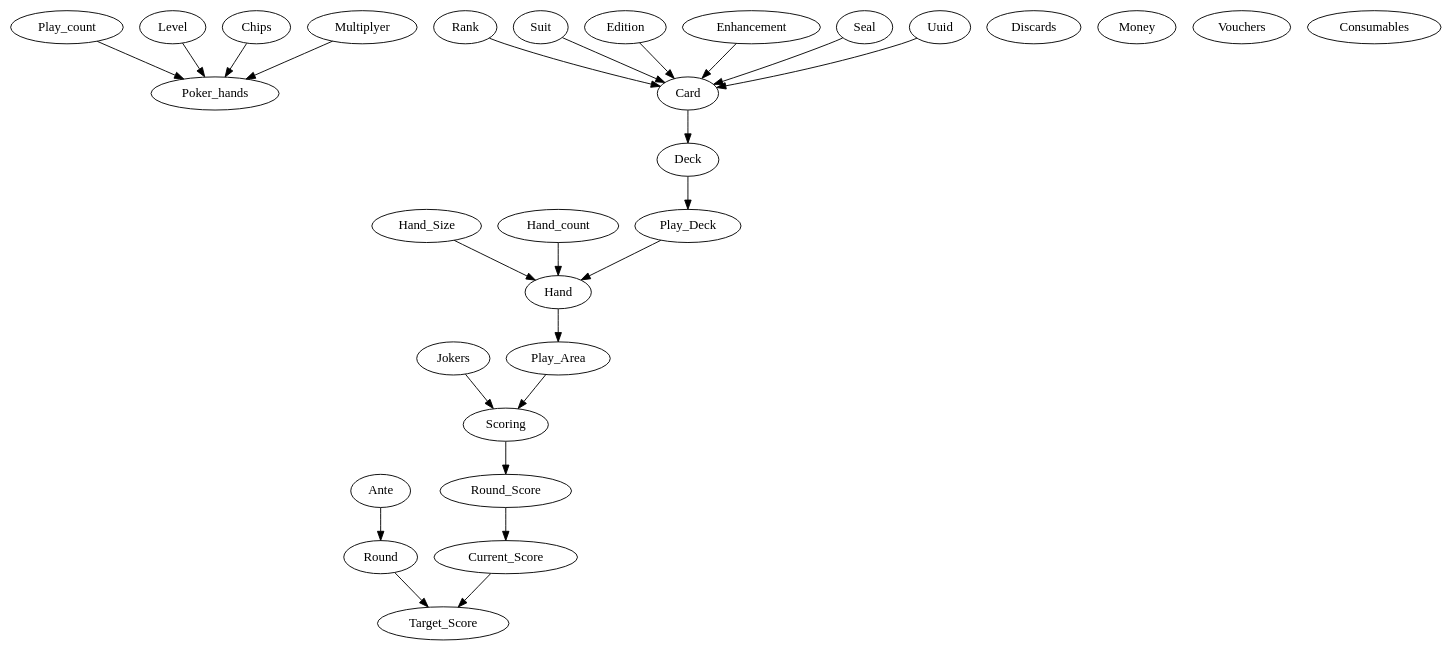
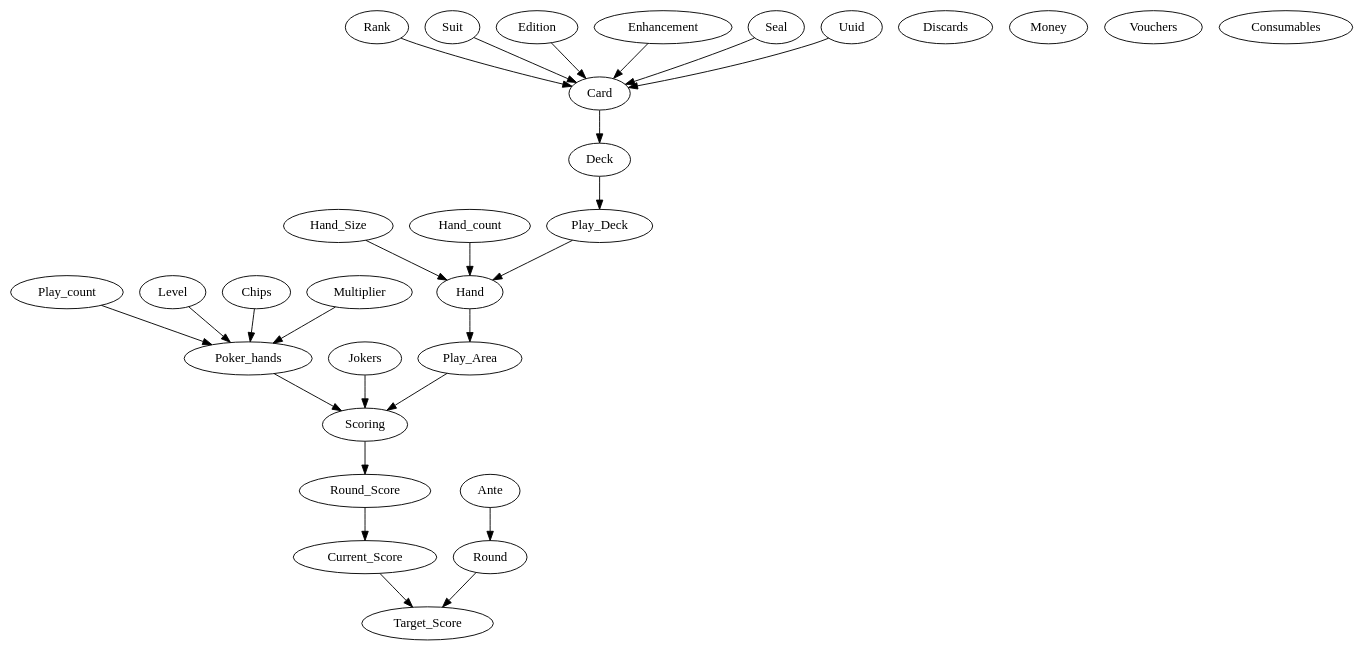
Before and after one commit to quintuple-lained/ralatro: the diagram in cleanroom/structure.dot, drawn with Graphviz. The commit also changed 3 other files, not shown here.

```diff
--- a/cleanroom/structure.dot
+++ b/cleanroom/structure.dot
@@ -1,21 +1,22 @@
 digraph G {
     // inventory
-    {Play_count Level Chips Multiplyer} -> Poker_hands
+    {Play_count Level Chips Multiplier} -> Poker_hands
     Card -> Deck
     {Hand_Size Hand_count} -> Hand
     Discards
     Money
     Vouchers
     Consumables
     Jokers
     // Cardstructure
     {Rank Suit Edition Enhancement Seal Uuid} -> Card
 
     // In round
     Deck -> Play_Deck
     Play_Deck -> Hand
     Ante -> Round -> Target_Score
     Current_Score -> Target_Score
     Hand -> Play_Area -> Scoring -> Round_Score -> Current_Score
     Jokers -> Scoring
+    Poker_hands -> Scoring
 }
```
